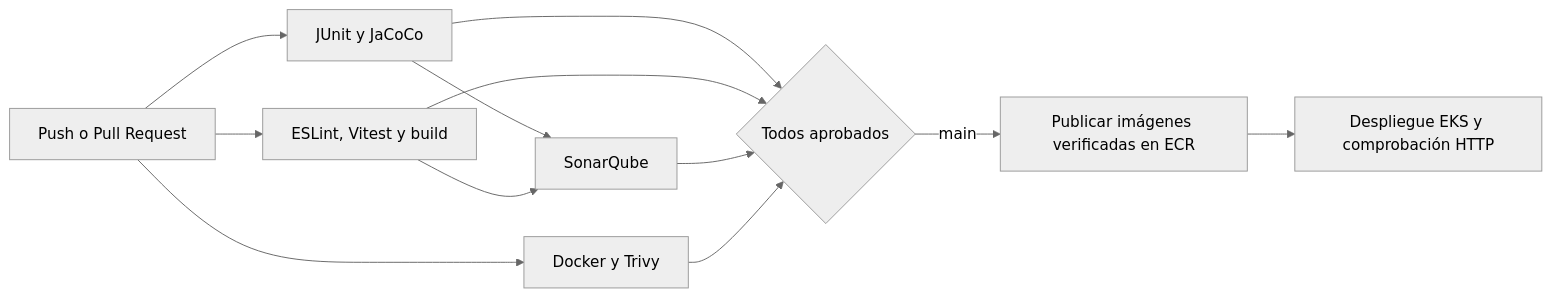
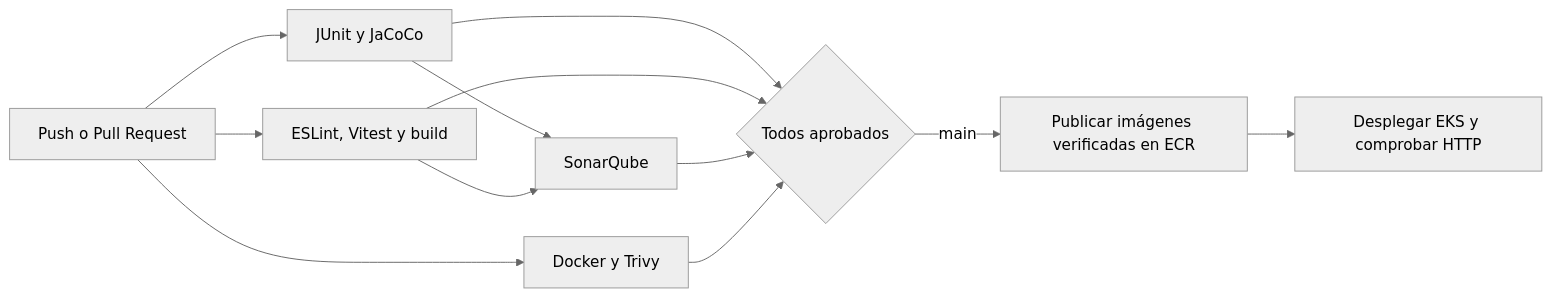
One commit to Martin-ignaxiiooo/devops-segunda-prueba changed the diagram in README.md. Above: the diagram before and after it, drawn with Mermaid (neutral theme). The commit also changed other lines of this file and 69 other files, not shown here.

````diff
--- a/README.md
+++ b/README.md
@@ -67,14 +52,14 @@
 ```mermaid
 flowchart LR
   C[Push o Pull Request] --> B[JUnit y JaCoCo]
   C --> F[ESLint, Vitest y build]
   B --> S[SonarQube]
   F --> S
   C --> I[Docker y Trivy]
   B --> G{Todos aprobados}
   F --> G
   S --> G
   I --> G
   G -->|main| E[Publicar imágenes verificadas en ECR]
-  E --> K[Despliegue EKS y comprobación HTTP]
+  E --> K[Desplegar EKS y comprobar HTTP]
 ```
````
